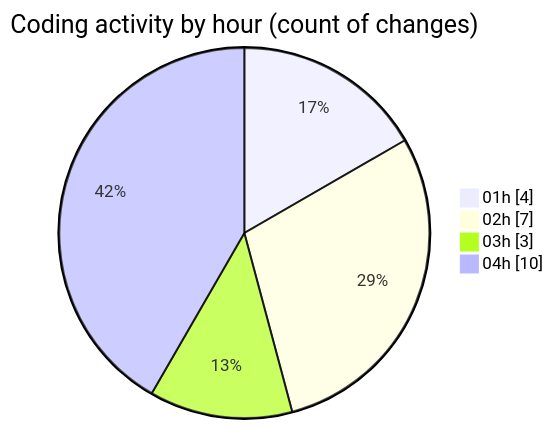
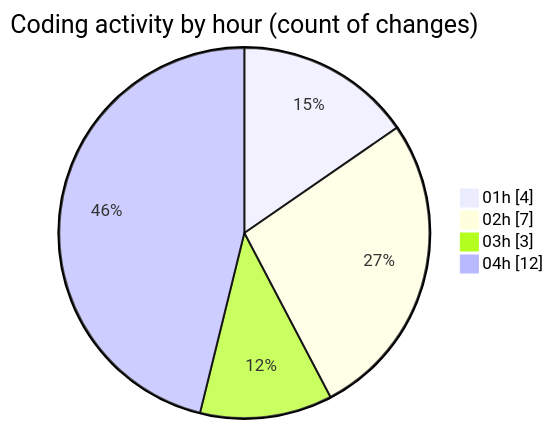
The second of 2 diagrams in 2025-07-15/telebot/README.md (jrari/code-tracking), drawn with Mermaid before and after one commit. The commit also changed other lines of this file and 1 other file, not shown here.

````diff
--- a/2025-07-15/telebot/README.md
+++ b/2025-07-15/telebot/README.md
@@ -36,8 +36,8 @@
 ```mermaid
 pie showData
 title Coding activity by hour (count of changes)
 "01h" : 4
 "02h" : 7
 "03h" : 3
-"04h" : 10
+"04h" : 12
 ```
````
